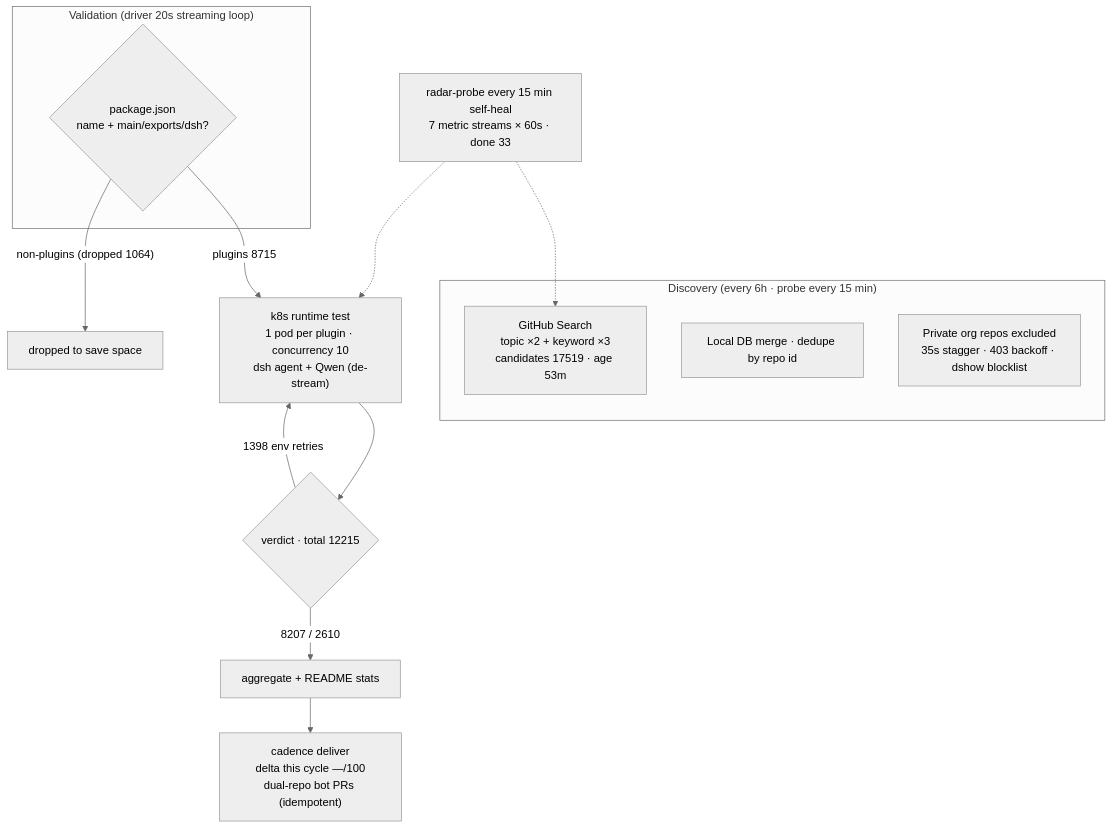
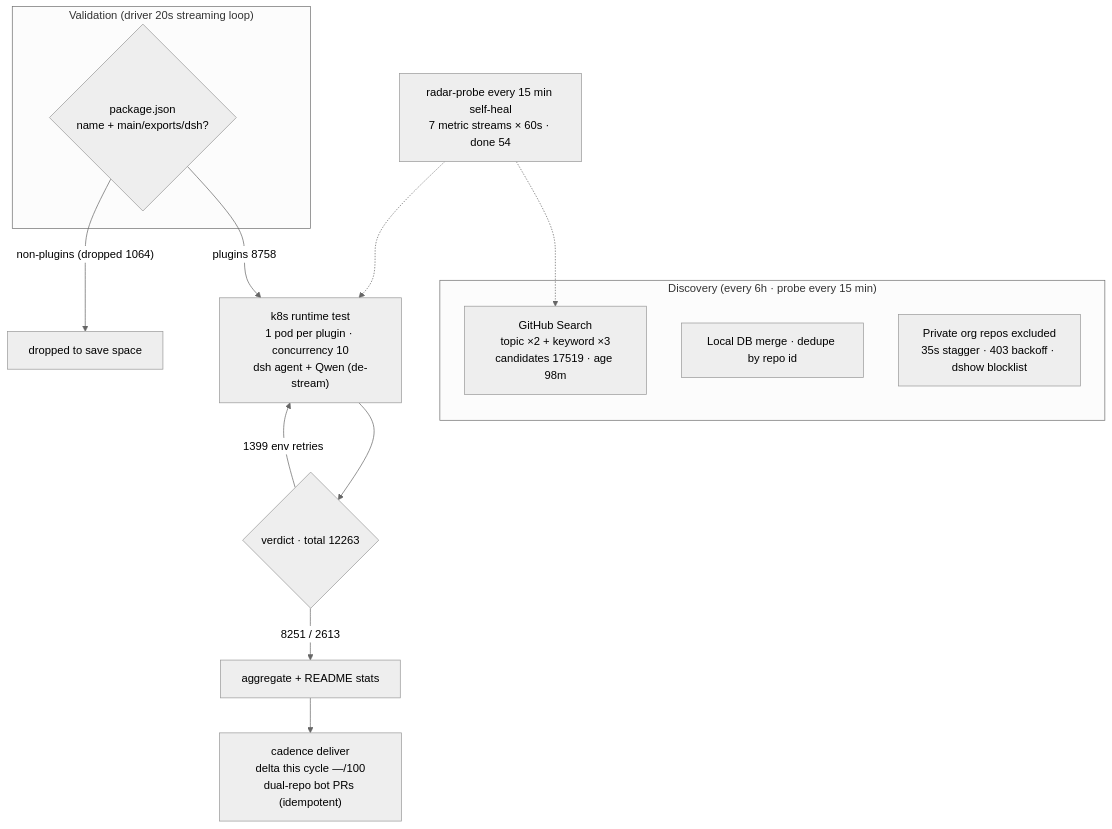
The diagram in README.en-US.md (AdamPlatin123/awesome-dsh-plugins), drawn with Mermaid (neutral theme) before and after one commit. The commit also changed other lines of this file and 5 other files, not shown here.

````diff
--- a/README.en-US.md
+++ b/README.en-US.md
@@ -45,20 +45,20 @@
 ```mermaid
 flowchart TB
     subgraph Discovery["Discovery (every 6h · probe every 15 min)"]
-        A1["GitHub Search<br/>topic ×2 + keyword ×3<br/>candidates 17519 · age 53m"]
+        A1["GitHub Search<br/>topic ×2 + keyword ×3<br/>candidates 17519 · age 98m"]
         A2["Local DB merge · dedupe by repo id"]
         A3["Private org repos excluded<br/>35s stagger · 403 backoff · dshow blocklist"]
     end
     subgraph Validation["Validation (driver 20s streaming loop)"]
         B1{"package.json<br/>name + main/exports/dsh?"}
     end
-    B1 -->|"plugins 8715"| C1["k8s runtime test<br/>1 pod per plugin · concurrency 10<br/>dsh agent + Qwen (de-stream)"]
+    B1 -->|"plugins 8758"| C1["k8s runtime test<br/>1 pod per plugin · concurrency 10<br/>dsh agent + Qwen (de-stream)"]
     B1 -->|"non-plugins (dropped 1064)"| B3["dropped to save space"]
-    C1 --> D1{"verdict · total 12215"}
-    D1 -->|"8207 / 2610"| E1["aggregate + README stats"]
-    D1 -->|"1398 env retries"| C1
+    C1 --> D1{"verdict · total 12263"}
+    D1 -->|"8251 / 2613"| E1["aggregate + README stats"]
+    D1 -->|"1399 env retries"| C1
     E1 --> E2["cadence deliver<br/>delta this cycle —/100<br/>dual-repo bot PRs (idempotent)"]
-    M["radar-probe every 15 min self-heal<br/>7 metric streams × 60s · done 33"]
+    M["radar-probe every 15 min self-heal<br/>7 metric streams × 60s · done 54"]
     M -.-> A1
     M -.-> C1
 ```
````
